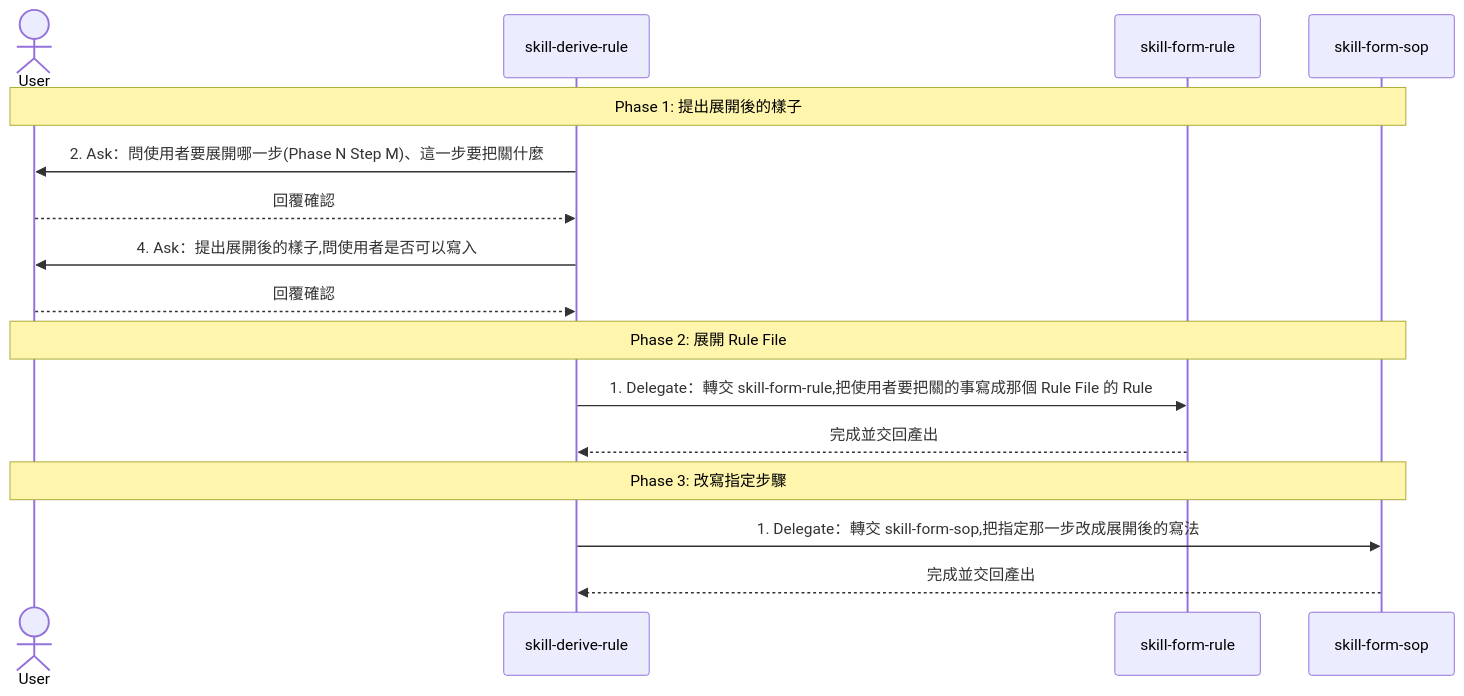
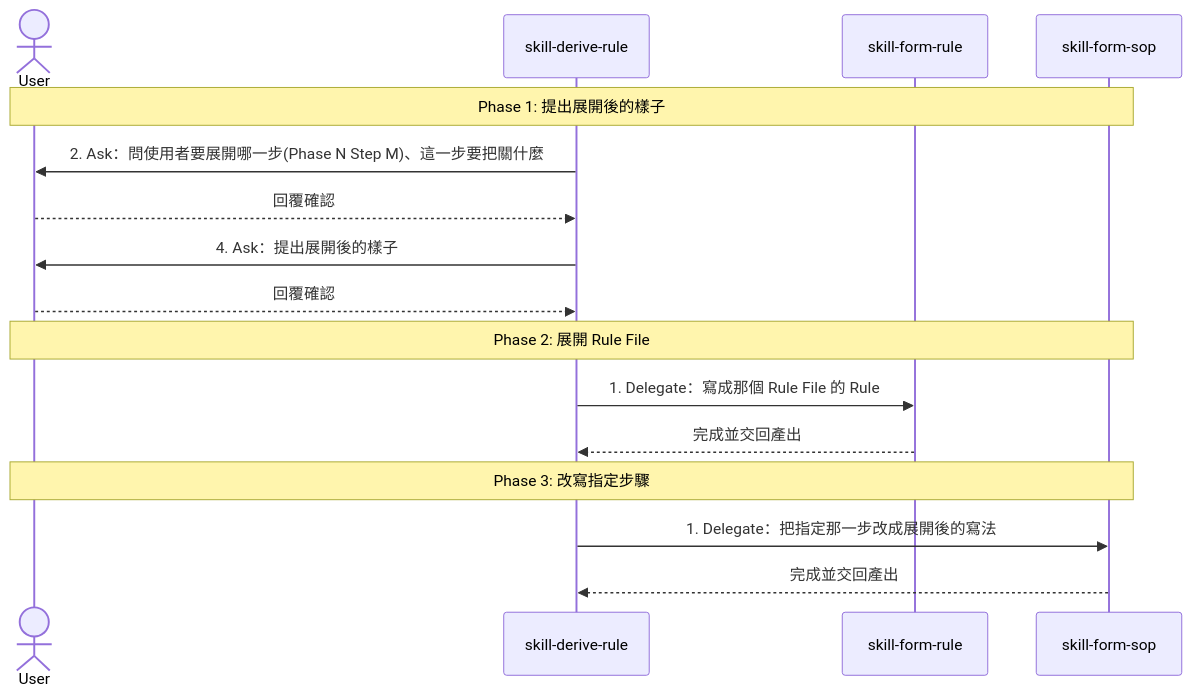
One commit to AI-x-BDD/BDGG-Dev-Skills changed the second of 2 diagrams in .claude/skills/skill-derive-rule/SKILL.md. Above: the diagram before and after it, drawn with Mermaid. The commit also changed other lines of this file and 31 other files, not shown here.

````diff
--- a/.claude/skills/skill-derive-rule/SKILL.md
+++ b/.claude/skills/skill-derive-rule/SKILL.md
@@ -61,18 +61,18 @@
 ```mermaid
 sequenceDiagram
     actor User
     participant Main as skill-derive-rule
     participant Sub_1 as skill-form-rule
     participant Sub_2 as skill-form-sop
     Note over User,Sub_2: Phase 1: 提出展開後的樣子
     Main->>User: 2. Ask：問使用者要展開哪一步(Phase N Step M)、這一步要把關什麼
     User-->>Main: 回覆確認
-    Main->>User: 4. Ask：提出展開後的樣子,問使用者是否可以寫入
+    Main->>User: 4. Ask：提出展開後的樣子
     User-->>Main: 回覆確認
     Note over User,Sub_2: Phase 2: 展開 Rule File
-    Main->>Sub_1: 1. Delegate：轉交 skill-form-rule,把使用者要把關的事寫成那個 Rule File 的 Rule
+    Main->>Sub_1: 1. Delegate：寫成那個 Rule File 的 Rule
     Sub_1-->>Main: 完成並交回產出
     Note over User,Sub_2: Phase 3: 改寫指定步驟
-    Main->>Sub_2: 1. Delegate：轉交 skill-form-sop,把指定那一步改成展開後的寫法
+    Main->>Sub_2: 1. Delegate：把指定那一步改成展開後的寫法
     Sub_2-->>Main: 完成並交回產出
 ```
````
